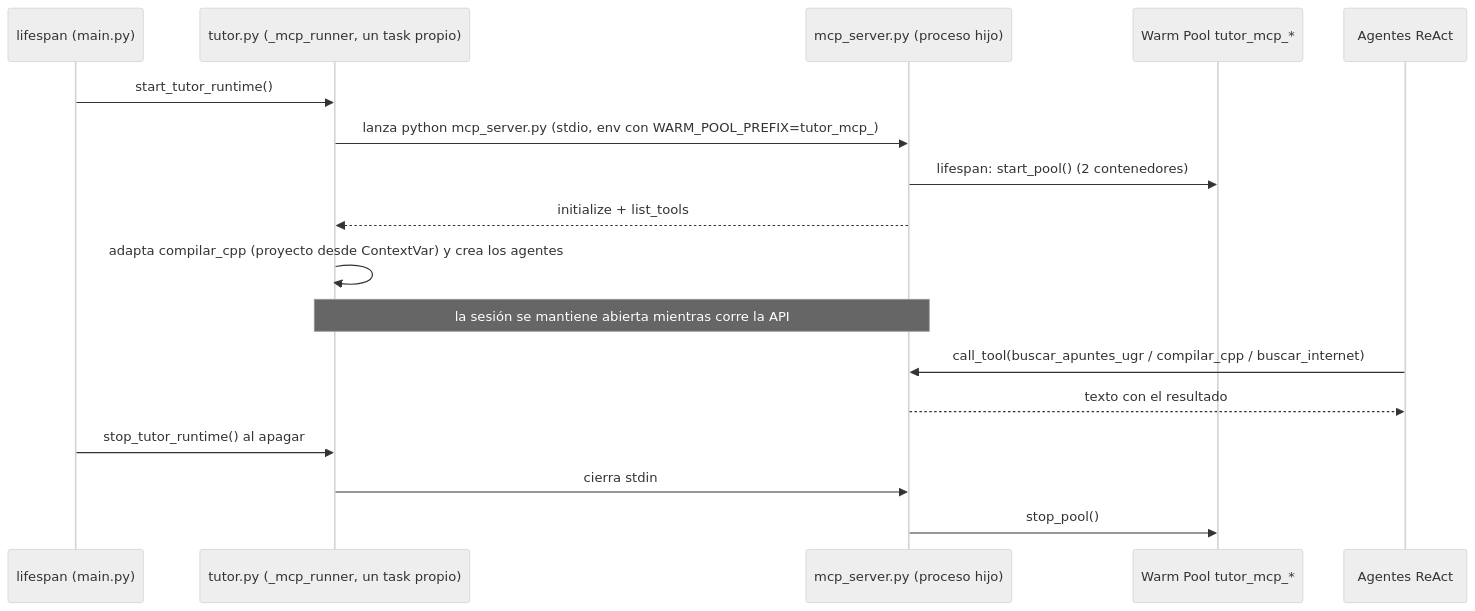
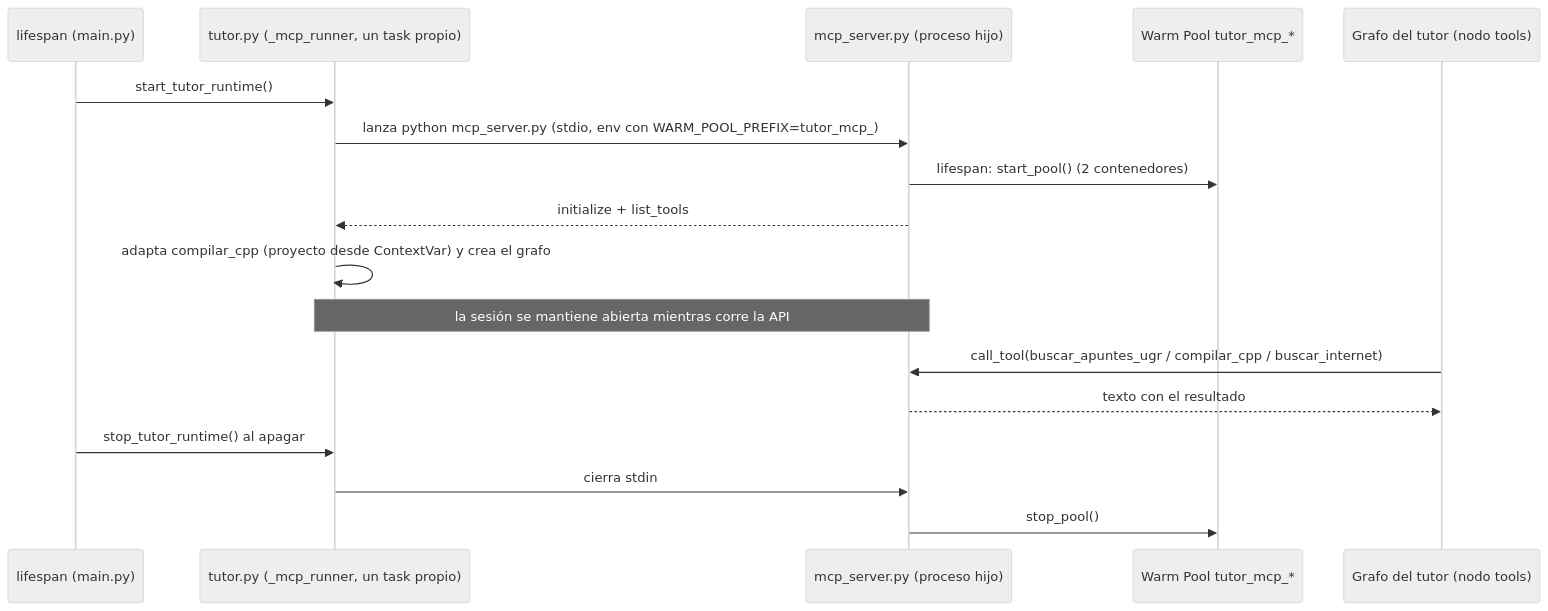
The fourth of 5 diagrams in docs/EXPLICACION.md (LuisArrabalGutierrez/tutor-ai), drawn with Mermaid (neutral theme) before and after one commit.

Commit message:
docs: ajustar etiquetas del diagrama del ciclo de vida del MCP

````diff
--- a/docs/EXPLICACION.md
+++ b/docs/EXPLICACION.md
@@ -583,20 +583,20 @@
 ```mermaid
 sequenceDiagram
     participant L as lifespan (main.py)
     participant T as tutor.py (_mcp_runner, un task propio)
     participant M as mcp_server.py (proceso hijo)
     participant P as Warm Pool tutor_mcp_*
-    participant A as Agentes ReAct
+    participant A as Grafo del tutor (nodo tools)
 
     L->>T: start_tutor_runtime()
     T->>M: lanza python mcp_server.py (stdio, env con WARM_POOL_PREFIX=tutor_mcp_)
     M->>P: lifespan: start_pool() (2 contenedores)
     M-->>T: initialize + list_tools
-    T->>T: adapta compilar_cpp (proyecto desde ContextVar) y crea los agentes
+    T->>T: adapta compilar_cpp (proyecto desde ContextVar) y crea el grafo
     Note over T,M: la sesión se mantiene abierta mientras corre la API
     A->>M: call_tool(buscar_apuntes_ugr / compilar_cpp / buscar_internet)
     M-->>A: texto con el resultado
     L->>T: stop_tutor_runtime() al apagar
     T->>M: cierra stdin
     M->>P: stop_pool()
 ```
````
